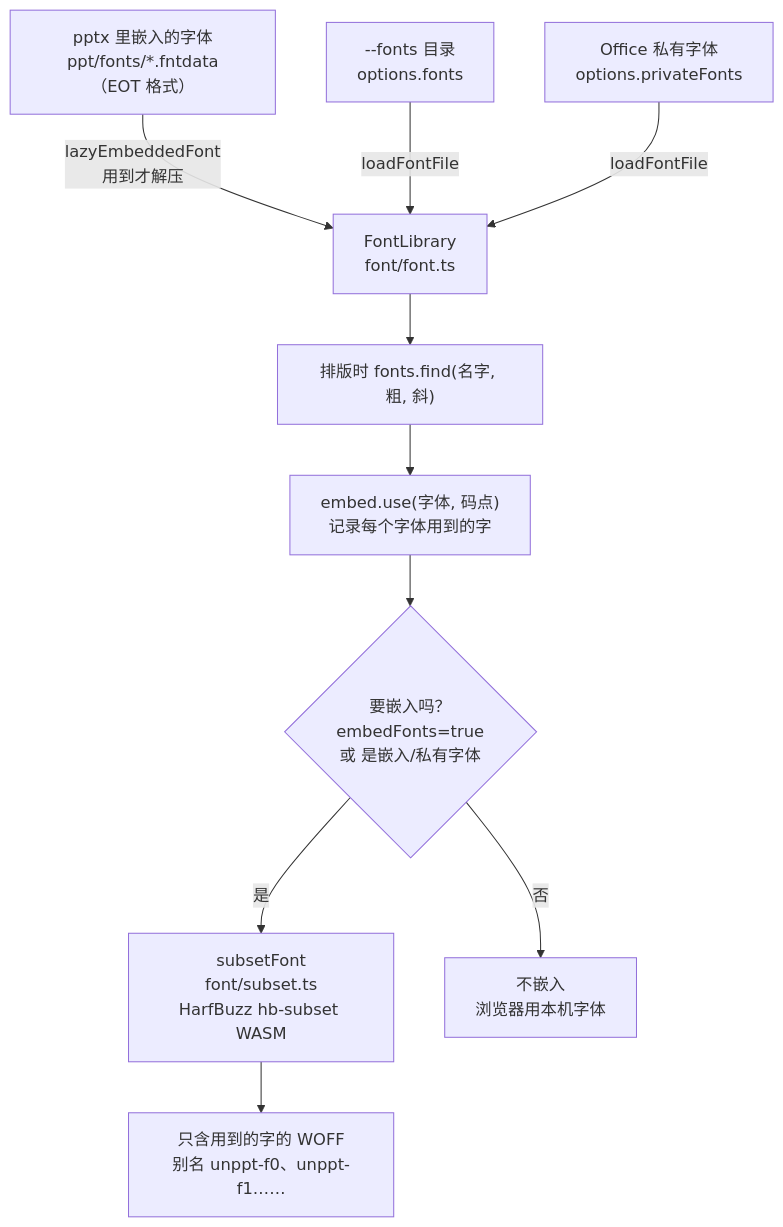
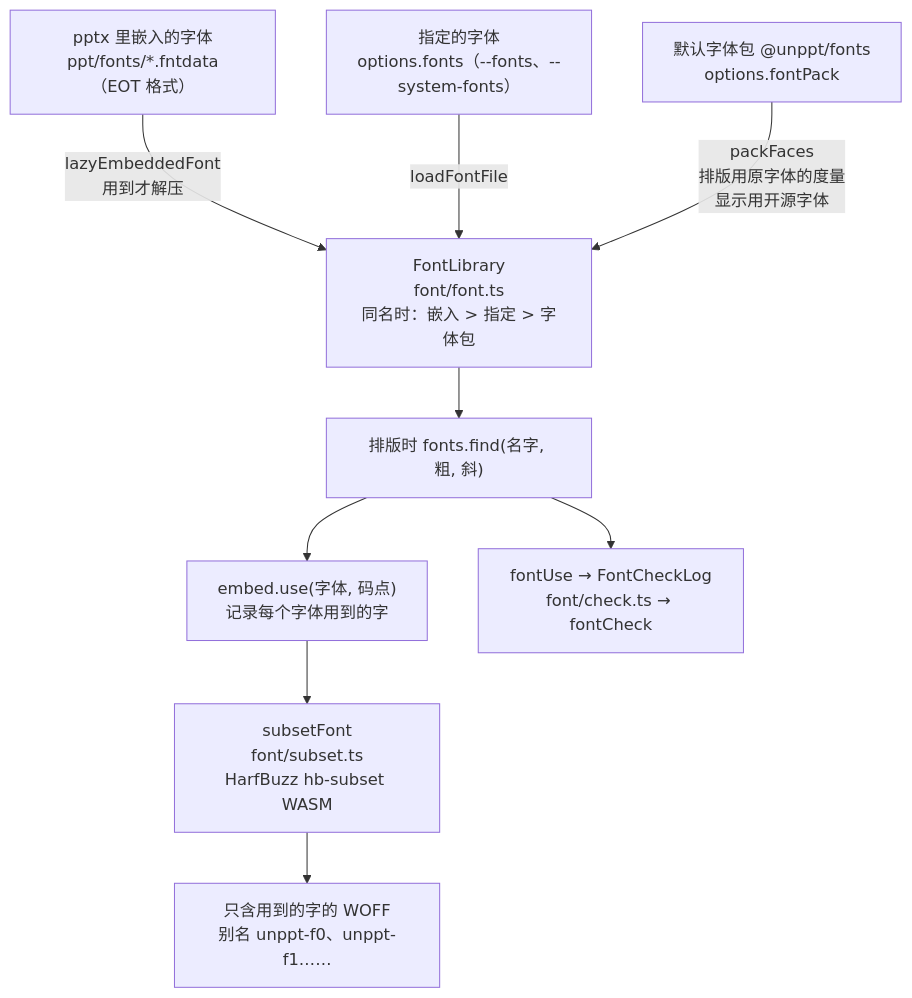
One commit to spitmaster/unppt changed diagram 17 of 22 in docs/zh/transcoding.md. Above: the diagram before and after it, drawn with Mermaid. The commit also changed other lines of this file and 15 other files, not shown here.

First line of the commit message:
docs: 按 0.3.0 的字体方案重写中英文文档（默认字体包、度量包、unppt check、指定字体）

````diff
--- a/docs/zh/transcoding.md
+++ b/docs/zh/transcoding.md
@@ -767,12 +774,11 @@
 ```mermaid
 flowchart TD
   e["pptx 里嵌入的字体<br/>ppt/fonts/*.fntdata（EOT 格式）"] -->|"lazyEmbeddedFont<br/>用到才解压"| lib
-  u["--fonts 目录<br/>options.fonts"] -->|loadFontFile| lib
-  p["Office 私有字体<br/>options.privateFonts"] -->|loadFontFile| lib
-  lib["FontLibrary<br/>font/font.ts"] --> layout["排版时 fonts.find(名字, 粗, 斜)"]
+  u["指定的字体<br/>options.fonts（--fonts、--system-fonts）"] -->|loadFontFile| lib
+  p["默认字体包 @unppt/fonts<br/>options.fontPack"] -->|"packFaces<br/>排版用原字体的度量<br/>显示用开源字体"| lib
+  lib["FontLibrary<br/>font/font.ts<br/>同名时：嵌入 > 指定 > 字体包"] --> layout["排版时 fonts.find(名字, 粗, 斜)"]
   layout --> use["embed.use(字体, 码点)<br/>记录每个字体用到的字"]
-  use --> q{"要嵌入吗？<br/>embedFonts=true<br/>或 是嵌入/私有字体"}
-  q -->|是| sub["subsetFont<br/>font/subset.ts<br/>HarfBuzz hb-subset WASM"]
+  layout --> chk["fontUse → FontCheckLog<br/>font/check.ts → fontCheck"]
+  use --> sub["subsetFont<br/>font/subset.ts<br/>HarfBuzz hb-subset WASM"]
   sub --> woff["只含用到的字的 WOFF<br/>别名 unppt-f0、unppt-f1……"]
-  q -->|否| none["不嵌入<br/>浏览器用本机字体"]
 ```
````
